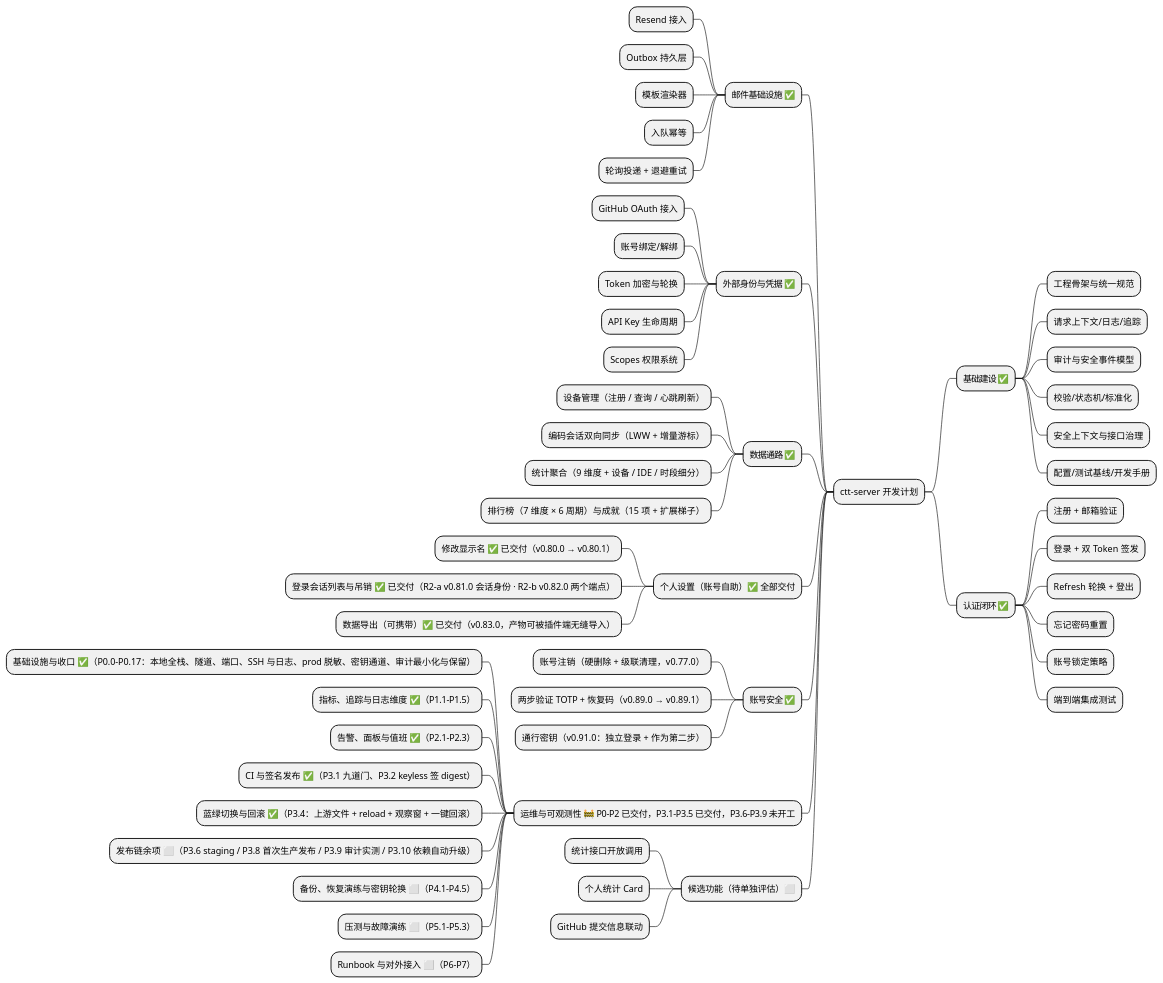
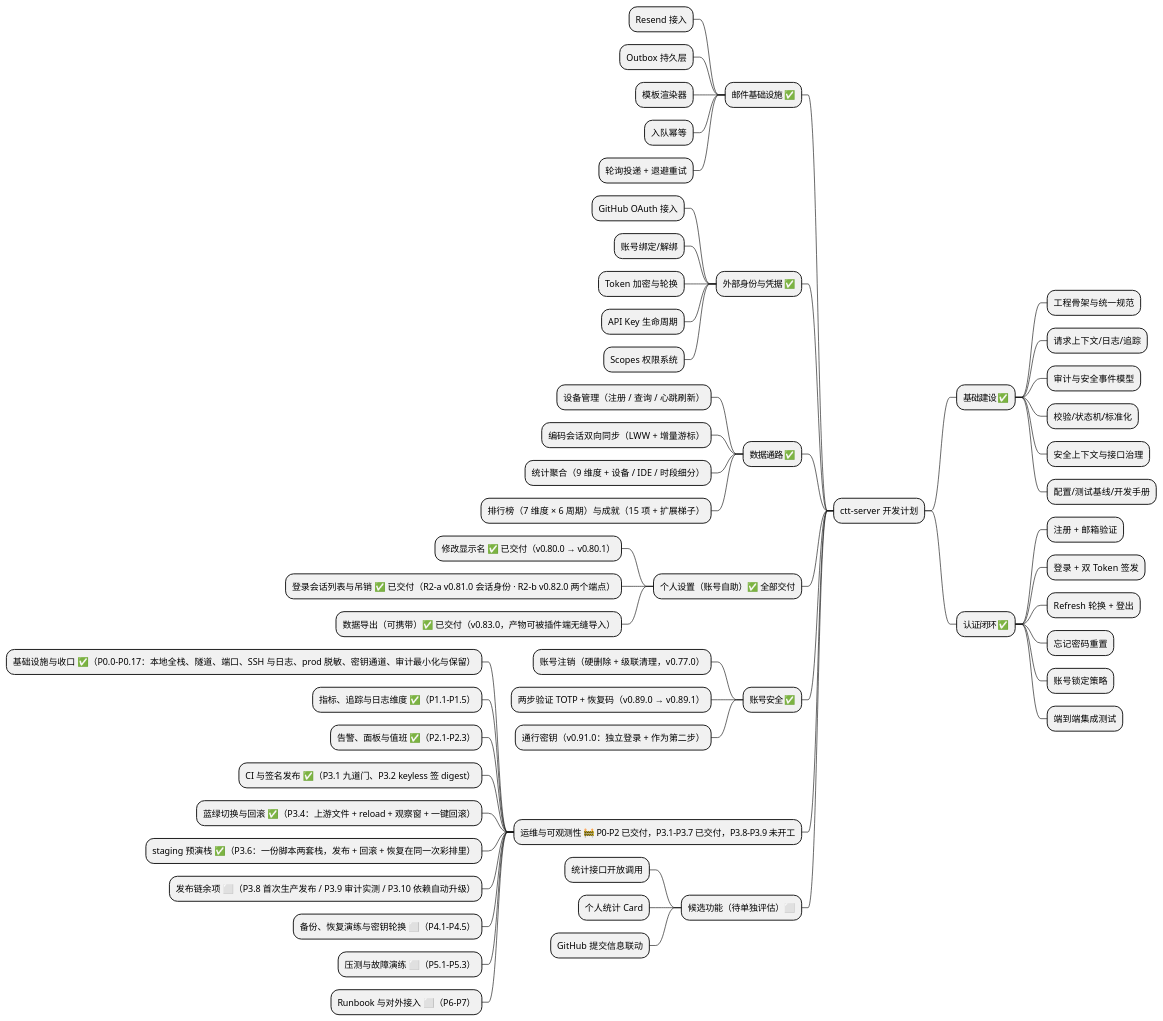
One commit to AhogeK/ctt-server changed the first of 9 diagrams in .plans/ctt-server-development-plan.md. Above: the diagram before and after it, drawn with PlantUML. The commit also changed other lines of this file and 4 other files, not shown here.

````diff
--- a/.plans/ctt-server-development-plan.md
+++ b/.plans/ctt-server-development-plan.md
@@ -34,60 +34,61 @@
 ```plantuml
 @startmindmap
 * ctt-server 开发计划
 ** 基础建设 ✅
 *** 工程骨架与统一规范
 *** 请求上下文/日志/追踪
 *** 审计与安全事件模型
 *** 校验/状态机/标准化
 *** 安全上下文与接口治理
 *** 配置/测试基线/开发手册
 ** 认证闭环 ✅
 *** 注册 + 邮箱验证
 *** 登录 + 双 Token 签发
 *** Refresh 轮换 + 登出
 *** 忘记密码重置
 *** 账号锁定策略
 *** 端到端集成测试
 
 left side
 ** 邮件基础设施 ✅
 *** Resend 接入
 *** Outbox 持久层
 *** 模板渲染器
 *** 入队幂等
 *** 轮询投递 + 退避重试
 ** 外部身份与凭据 ✅
 *** GitHub OAuth 接入
 *** 账号绑定/解绑
 *** Token 加密与轮换
 *** API Key 生命周期
 *** Scopes 权限系统
 ** 数据通路 ✅
 *** 设备管理（注册 / 查询 / 心跳刷新）
 *** 编码会话双向同步（LWW + 增量游标）
 *** 统计聚合（9 维度 + 设备 / IDE / 时段细分）
 *** 排行榜（7 维度 × 6 周期）与成就（15 项 + 扩展梯子）
 ** 个人设置（账号自助）✅ 全部交付
 *** 修改显示名 ✅ 已交付（v0.80.0 → v0.80.1）
 *** 登录会话列表与吊销 ✅ 已交付（R2-a v0.81.0 会话身份 · R2-b v0.82.0 两个端点）
 *** 数据导出（可携带）✅ 已交付（v0.83.0，产物可被插件端无缝导入）
 ** 账号安全 ✅
 *** 账号注销（硬删除 + 级联清理，v0.77.0）
 *** 两步验证 TOTP + 恢复码（v0.89.0 → v0.89.1）
 *** 通行密钥（v0.91.0：独立登录 + 作为第二步）
-** 运维与可观测性 🚧 P0–P2 已交付，P3.1–P3.5 已交付，P3.6–P3.9 未开工
+** 运维与可观测性 🚧 P0–P2 已交付，P3.1–P3.7 已交付，P3.8–P3.9 未开工
 *** 基础设施与收口 ✅（P0.0–P0.17：本地全栈、隧道、端口、SSH 与日志、prod 脱敏、密钥通道、审计最小化与保留）
 *** 指标、追踪与日志维度 ✅（P1.1–P1.5）
 *** 告警、面板与值班 ✅（P2.1–P2.3）
 *** CI 与签名发布 ✅（P3.1 九道门、P3.2 keyless 签 digest）
 *** 蓝绿切换与回滚 ✅（P3.4：上游文件 + reload + 观察窗 + 一键回滚）
-*** 发布链余项 ⬜（P3.6 staging / P3.8 首次生产发布 / P3.9 审计实测 / P3.10 依赖自动升级）
+*** staging 预演栈 ✅（P3.6：一份脚本两套栈，发布 + 回滚 + 恢复在同一次彩排里）
+*** 发布链余项 ⬜（P3.8 首次生产发布 / P3.9 审计实测 / P3.10 依赖自动升级）
 *** 备份、恢复演练与密钥轮换 ⬜（P4.1–P4.5）
 *** 压测与故障演练 ⬜（P5.1–P5.3）
 *** Runbook 与对外接入 ⬜（P6–P7）
 ** 候选功能（待单独评估）⬜
 *** 统计接口开放调用
 *** 个人统计 Card
 *** GitHub 提交信息联动
 @endmindmap
 ```
````
